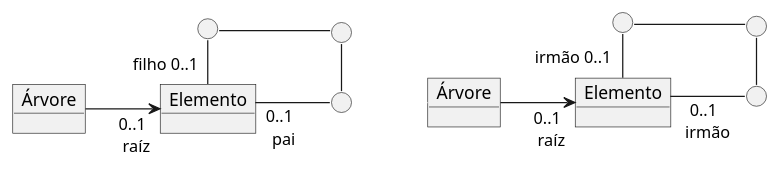
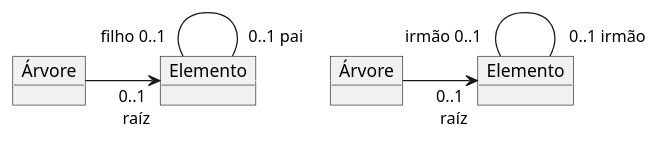
Before and after one commit to kyriosdata/oo: the diagram in Imagens/modelos-04/mod04ima03/mod04ima03.plantuml, drawn with PlantUML. The commit also changed 19 other files, not shown here.

```diff
--- a/Imagens/modelos-04/mod04ima03/mod04ima03.plantuml
+++ b/Imagens/modelos-04/mod04ima03/mod04ima03.plantuml
@@ -1,30 +1,14 @@
-@startuml mod04ima03-01
-skinparam linetype ortho
+@startuml mod04ima03
+
 object "Árvore" as ar 
 object "Elemento" as el 
-circle " " as p1
-circle " " as p2
-circle " " as p3
+object "Árvore" as ar2 
+object "Elemento" as el2
 
 left to right direction
 ar -->"0..1 \n raíz" el
-el "filho 0..1"-left- p1
-p1 -down- p2
-p2 -right- p3
-p3 -up-"0..1 \n pai" el
-
-object "Árvore" as ar2 
-object "Elemento" as el2
-circle " " as p11
-circle " " as p22
-circle " " as p33
-
-
+el "filho 0..1"--- "0..1 pai" el
 ar2 -->"0..1 \n raíz" el2
-el2 "irmão 0..1"-left- p11
-p11 -down- p22
-p22 -right- p33
-p33 -up-"0..1 \n irmão" el2
-
-p3 -[#White]- ar2
+el2 "irmão 0..1"---"0..1 irmão" el2
+el -[#White]- ar2
 @enduml
```
